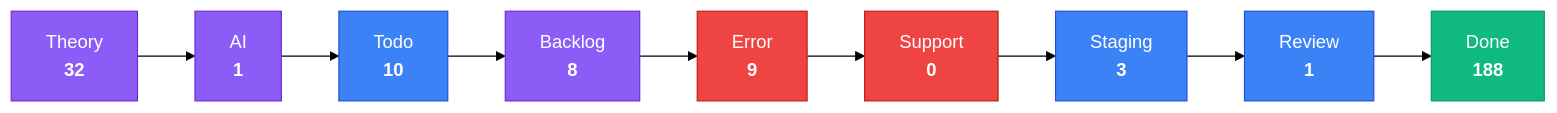
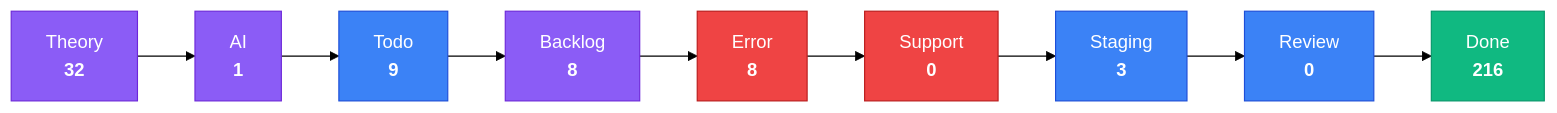
The third of 4 diagrams in apps/kbve/astro-kbve/src/content/docs/dashboard/kanban-data.mdx (KBVE/kbve), drawn with Mermaid (forest theme) before and after one commit. The commit also changed other lines of this file and 8 other files, not shown here.

````diff
--- a/apps/kbve/astro-kbve/src/content/docs/dashboard/kanban-data.mdx
+++ b/apps/kbve/astro-kbve/src/content/docs/dashboard/kanban-data.mdx
@@ -80,28 +79,28 @@
 ```mermaid
 flowchart LR
     classDef planning fill:#8b5cf6,stroke:#6d28d9,color:#fff
     classDef active fill:#3b82f6,stroke:#1d4ed8,color:#fff
     classDef blocked fill:#ef4444,stroke:#b91c1c,color:#fff
     classDef done fill:#10b981,stroke:#059669,color:#fff
     Theory["Theory<br/><strong>32</strong>"]
     Theory --> AI
     AI["AI<br/><strong>1</strong>"]
     AI --> Todo
-    Todo["Todo<br/><strong>10</strong>"]
+    Todo["Todo<br/><strong>9</strong>"]
     Todo --> Backlog
     Backlog["Backlog<br/><strong>8</strong>"]
     Backlog --> Error
-    Error["Error<br/><strong>9</strong>"]
+    Error["Error<br/><strong>8</strong>"]
     Error --> Support
     Support["Support<br/><strong>0</strong>"]
     Support --> Staging
     Staging["Staging<br/><strong>3</strong>"]
     Staging --> Review
-    Review["Review<br/><strong>1</strong>"]
+    Review["Review<br/><strong>0</strong>"]
     Review --> Done
-    Done["Done<br/><strong>188</strong>"]
+    Done["Done<br/><strong>216</strong>"]
     class Theory,AI,Backlog planning
     class Todo,Staging,Review active
     class Error,Support blocked
     class Done done
 ```
````
